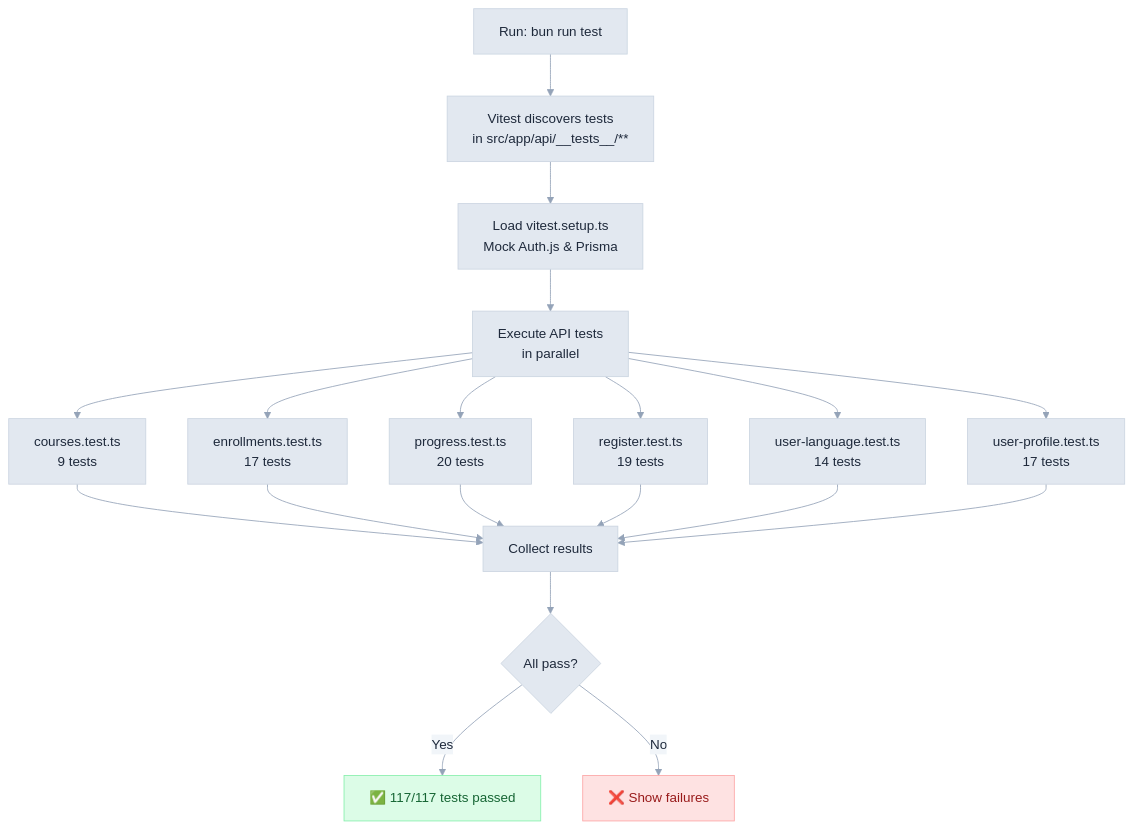
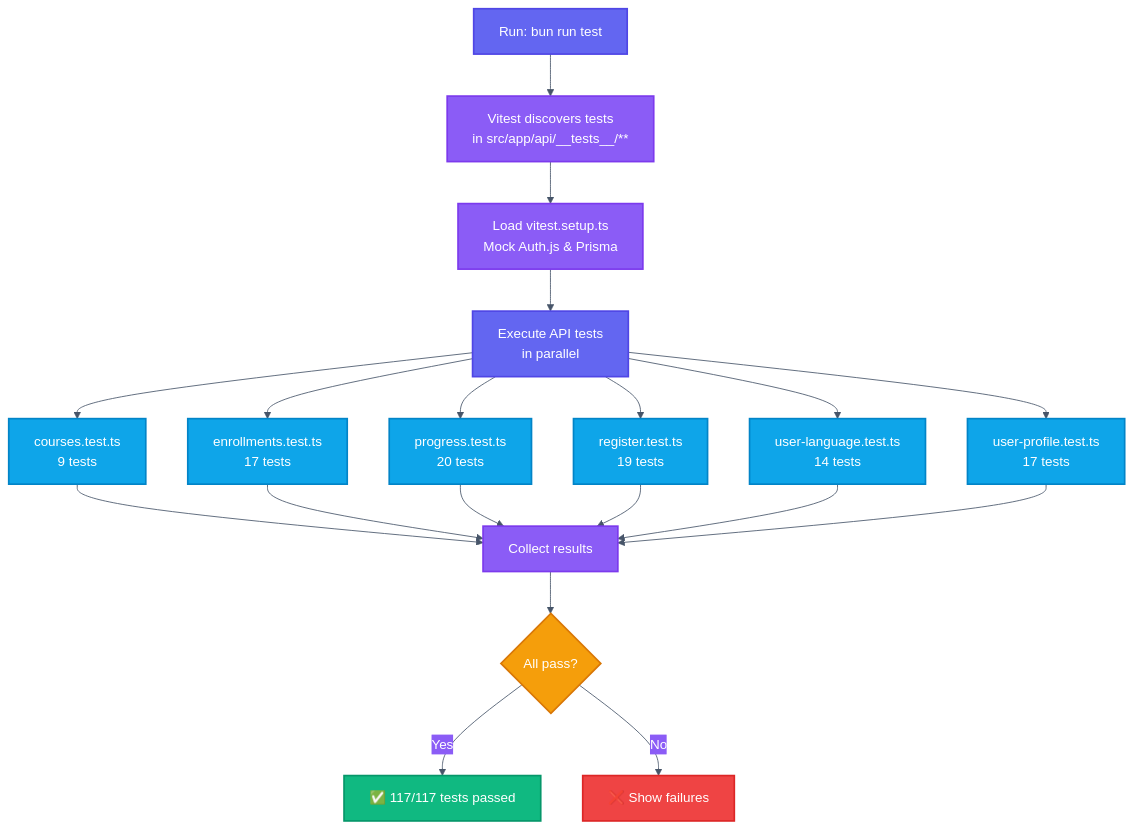
One commit to 3DHDSoft/devmultiplier-academy changed the diagram in doc/api_tests.md. Above: the diagram before and after it, drawn with Mermaid. The commit also changed 17 other files, not shown here.

````diff
--- a/doc/api_tests.md
+++ b/doc/api_tests.md
@@ -12,37 +12,50 @@
 ```mermaid
 %%{init: {'theme': 'base', 'themeVariables': {
-  'primaryColor': '#e2e8f0',
-  'primaryTextColor': '#1e293b',
-  'primaryBorderColor': '#cbd5e1',
-  'lineColor': '#94a3b8',
-  'secondaryColor': '#f1f5f9',
-  'tertiaryColor': '#f8fafc',
+  'primaryColor': '#6366f1',
+  'primaryTextColor': '#ffffff',
+  'primaryBorderColor': '#4f46e5',
+  'lineColor': '#475569',
+  'secondaryColor': '#8b5cf6',
+  'tertiaryColor': '#06b6d4',
   'background': '#ffffff',
-  'textColor': '#334155',
+  'textColor': '#1e293b',
   'fontFamily': 'system-ui, -apple-system, sans-serif'
-}}}%%flowchart TD
+}}}%%
+flowchart TD
     A["Run: bun run test"] --> B["Vitest discovers tests<br/>in src/app/api/__tests__/**"]
     B --> C["Load vitest.setup.ts<br/>Mock Auth.js & Prisma"]
     C --> D["Execute API tests<br/>in parallel"]
 
     D --> Courses["courses.test.ts<br/>9 tests"]
     D --> Enrollments["enrollments.test.ts<br/>17 tests"]
     D --> Progress["progress.test.ts<br/>20 tests"]
     D --> Register["register.test.ts<br/>19 tests"]
     D --> Language["user-language.test.ts<br/>14 tests"]
     D --> Profile["user-profile.test.ts<br/>17 tests"]
 
     Courses --> E["Collect results"]
     Enrollments --> E
     Progress --> E
     Register --> E
     Language --> E
     Profile --> E
 
     E --> F{All pass?}
     F -->|Yes| G["✅ 117/117 tests passed"]
     F -->|No| H["❌ Show failures"]
 
-    style G fill:#dcfce7,stroke:#86efac,color:#166534
-    style H fill:#fee2e2,stroke:#fca5a5,color:#991b1b
+    style A fill:#6366f1,stroke:#4f46e5,color:#ffffff,stroke-width:2px
+    style B fill:#8b5cf6,stroke:#7c3aed,color:#ffffff,stroke-width:2px
+    style C fill:#8b5cf6,stroke:#7c3aed,color:#ffffff,stroke-width:2px
+    style D fill:#6366f1,stroke:#4f46e5,color:#ffffff,stroke-width:2px
+    style Courses fill:#0ea5e9,stroke:#0284c7,color:#ffffff,stroke-width:2px
+    style Enrollments fill:#0ea5e9,stroke:#0284c7,color:#ffffff,stroke-width:2px
+    style Progress fill:#0ea5e9,stroke:#0284c7,color:#ffffff,stroke-width:2px
+    style Register fill:#0ea5e9,stroke:#0284c7,color:#ffffff,stroke-width:2px
+    style Language fill:#0ea5e9,stroke:#0284c7,color:#ffffff,stroke-width:2px
+    style Profile fill:#0ea5e9,stroke:#0284c7,color:#ffffff,stroke-width:2px
+    style E fill:#8b5cf6,stroke:#7c3aed,color:#ffffff,stroke-width:2px
+    style F fill:#f59e0b,stroke:#d97706,color:#ffffff,stroke-width:2px
+    style G fill:#10b981,stroke:#059669,color:#ffffff,stroke-width:2px
+    style H fill:#ef4444,stroke:#dc2626,color:#ffffff,stroke-width:2px
 ```
````
